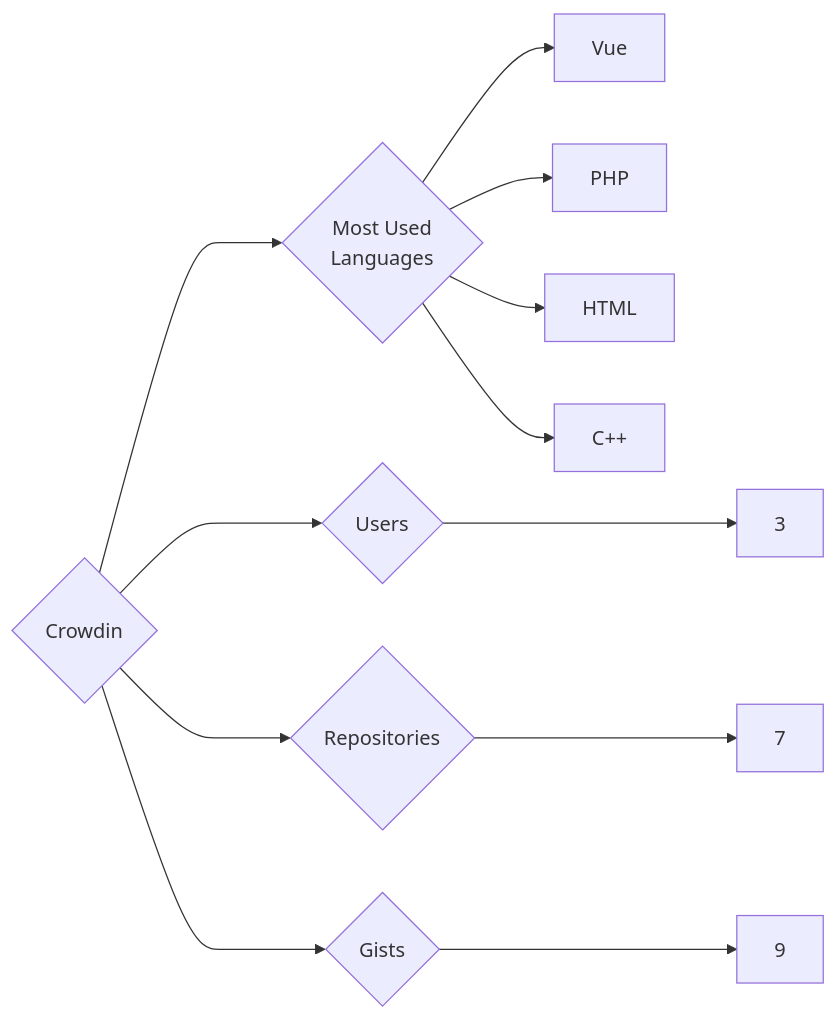
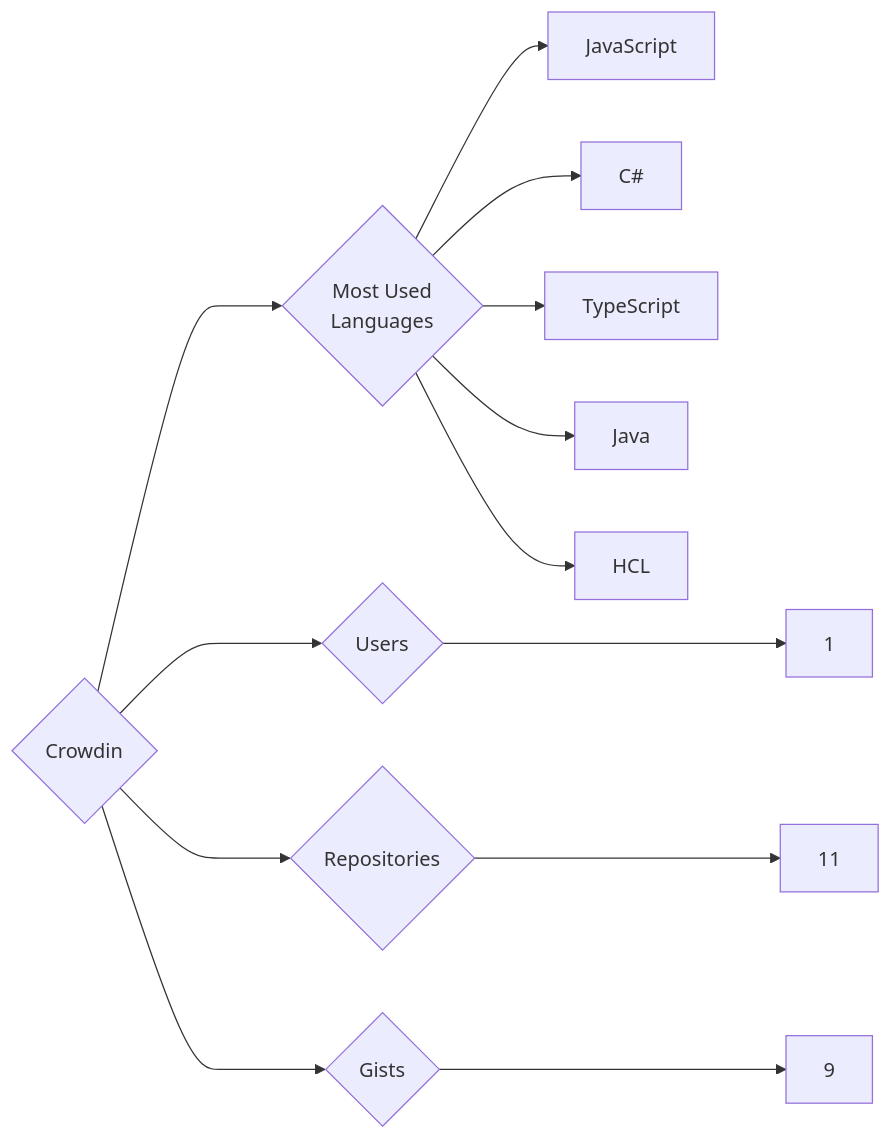
One commit to trickest/insiders changed the diagram in targets/Crowdin/README.md. Above: the diagram before and after it, drawn with Mermaid. The commit also changed 757 other files, not shown here.

````diff
--- a/targets/Crowdin/README.md
+++ b/targets/Crowdin/README.md
@@ -3,12 +3,13 @@
 ```mermaid
 graph LR
 COMPANY_NAME{Crowdin}
-COMPANY_NAME ---> U{Users} ---> UN[3]
-COMPANY_NAME ---> R{Repositories} ---> RN[7]
+COMPANY_NAME ---> U{Users} ---> UN[1]
+COMPANY_NAME ---> R{Repositories} ---> RN[11]
 COMPANY_NAME ---> G{Gists} ---> GN[9]
 COMPANY_NAME ---> ML{Most Used<br>Languages}
-ML --> Vue[Vue]
-ML --> PHP[PHP]
-ML --> HTML[HTML]
-ML --> C++[C++]
+ML --> JavaScript[JavaScript]
+ML --> C#[C#]
+ML --> TypeScript[TypeScript]
+ML --> Java[Java]
+ML --> HCL[HCL]
 ```
````
